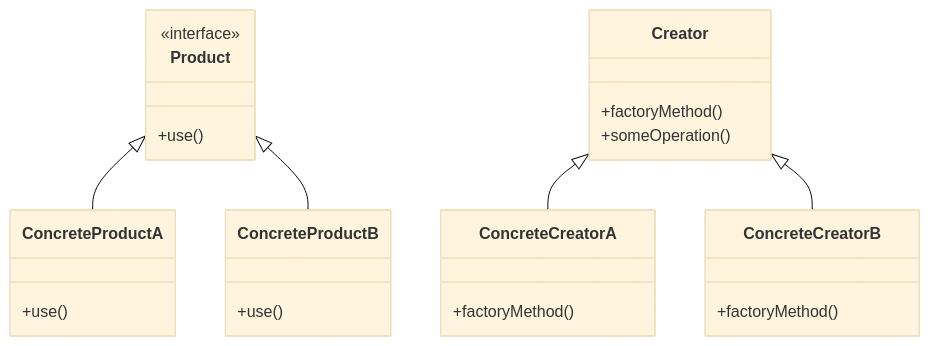
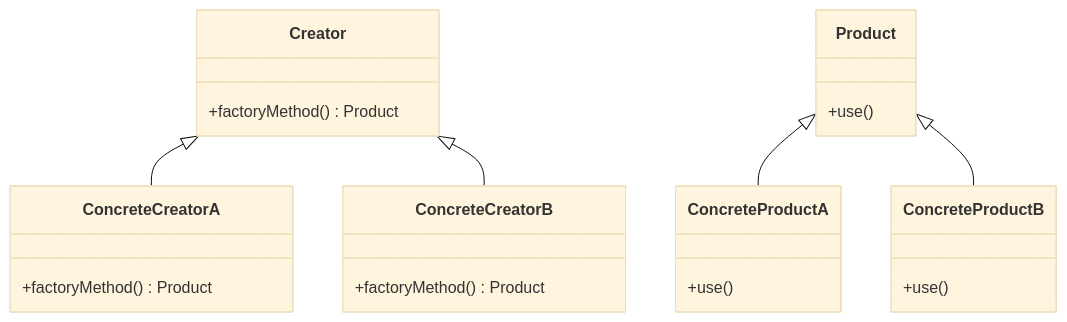
The second of 8 diagrams in articles/_posts/2024/2024-08-21-factory-method.md (42jerrykim/42jerrykim.github.io), drawn with Mermaid (base theme) before and after one commit. The commit also changed other lines of this file, not shown here.

````diff
--- a/articles/_posts/2024/2024-08-21-factory-method.md
+++ b/articles/_posts/2024/2024-08-21-factory-method.md
@@ -454,28 +311,26 @@
 ```mermaid
 classDiagram
+    class Creator {
+        +factoryMethod() Product
+    }
+    class ConcreteCreatorA {
+        +factoryMethod() Product
+    }
+    class ConcreteCreatorB {
+        +factoryMethod() Product
+    }
     class Product {
-        <<interface>>
         +use()
     }
     class ConcreteProductA {
         +use()
     }
     class ConcreteProductB {
         +use()
     }
-    class Creator {
-        +factoryMethod()
-        +someOperation()
-    }
-    class ConcreteCreatorA {
-        +factoryMethod()
-    }
-    class ConcreteCreatorB {
-        +factoryMethod()
-    }
 
+    Creator <|-- ConcreteCreatorA
+    Creator <|-- ConcreteCreatorB
     Product <|-- ConcreteProductA
     Product <|-- ConcreteProductB
-    Creator <|-- ConcreteCreatorA
-    Creator <|-- ConcreteCreatorB
 ```
````
